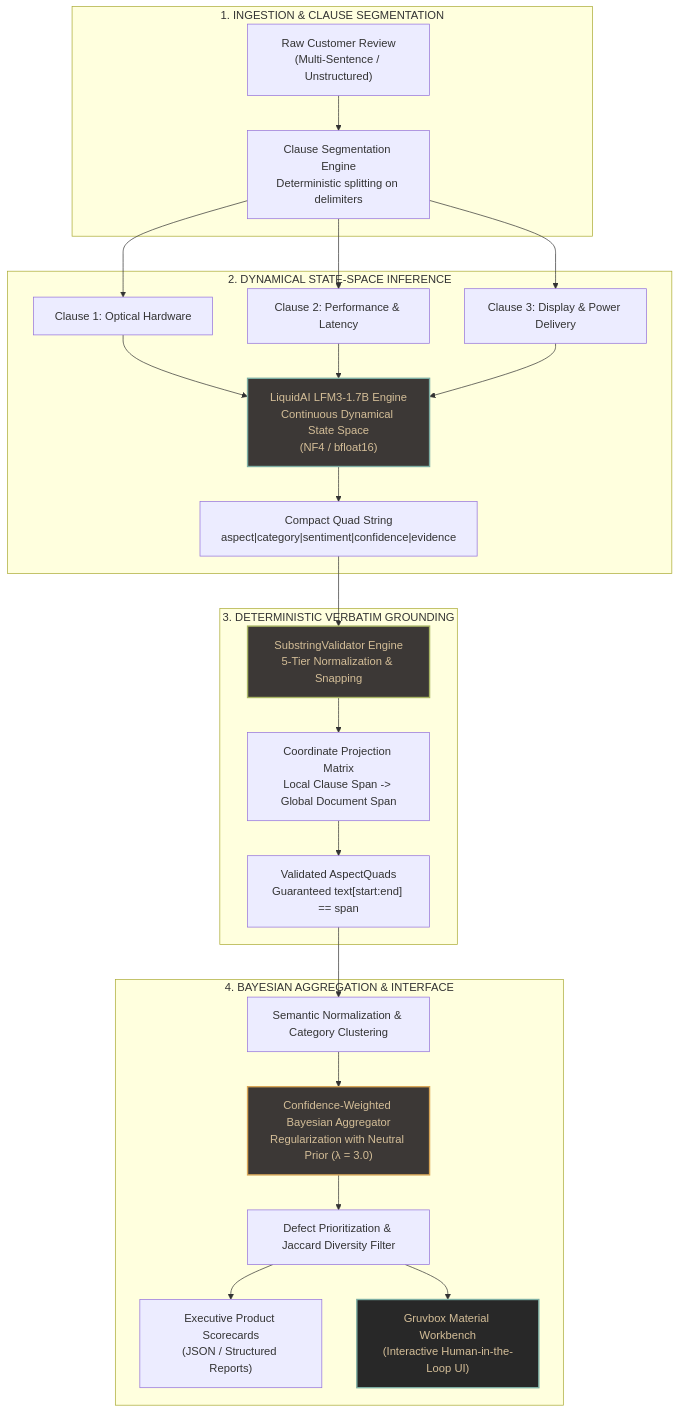
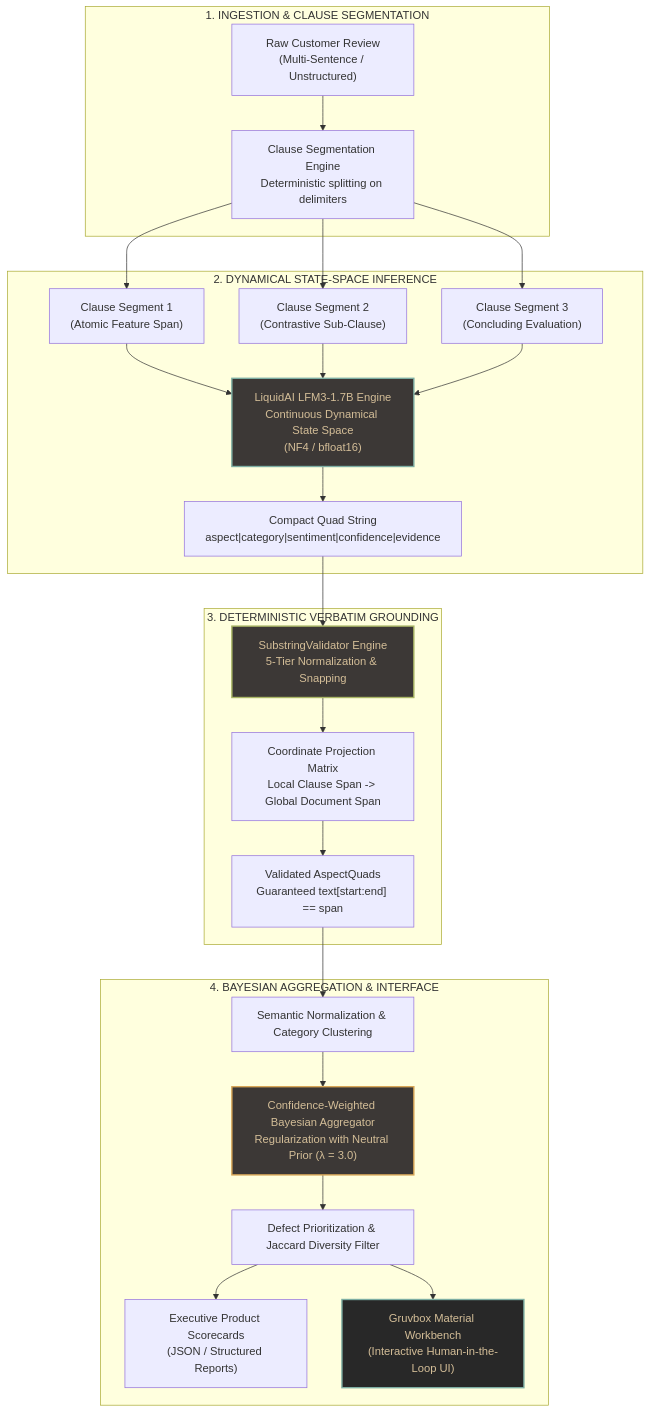
The first of 6 diagrams in docs/ARCHITECTURE.md (parth-sarthi-code/ProductLens-Sentiment), drawn with Mermaid before and after one commit. The commit also changed other lines of this file and 1 other file, not shown here.

Commit message:
docs: make architecture diagram clause nodes generic rather than example-specific

````diff
--- a/docs/ARCHITECTURE.md
+++ b/docs/ARCHITECTURE.md
@@ -16,39 +16,39 @@
 ```mermaid
 flowchart TD
     subgraph Ingestion ["1. INGESTION & CLAUSE SEGMENTATION"]
         R["Raw Customer Review\n(Multi-Sentence / Unstructured)"]
         S["Clause Segmentation Engine\nDeterministic splitting on delimiters"]
         R --> S
     end
 
     subgraph Inference ["2. DYNAMICAL STATE-SPACE INFERENCE"]
-        S --> C1["Clause 1: Optical Hardware"]
-        S --> C2["Clause 2: Performance & Latency"]
-        S --> C3["Clause 3: Display & Power Delivery"]
+        S --> C1["Clause Segment 1\n(Atomic Feature Span)"]
+        S --> C2["Clause Segment 2\n(Contrastive Sub-Clause)"]
+        S --> C3["Clause Segment 3\n(Concluding Evaluation)"]
         
         C1 --> LFM["LiquidAI LFM3-1.7B Engine\nContinuous Dynamical State Space\n(NF4 / bfloat16)"]
         C2 --> LFM
         C3 --> LFM
         
         LFM --> RAW["Compact Quad String\naspect|category|sentiment|confidence|evidence"]
     end
 
     subgraph Verification ["3. DETERMINISTIC VERBATIM GROUNDING"]
         RAW --> SV["SubstringValidator Engine\n5-Tier Normalization & Snapping"]
         SV --> PROJ["Coordinate Projection Matrix\nLocal Clause Span -> Global Document Span"]
         PROJ --> QUAD["Validated AspectQuads\nGuaranteed text[start:end] == span"]
     end
 
     subgraph Aggregation ["4. BAYESIAN AGGREGATION & INTERFACE"]
         QUAD --> NORM["Semantic Normalization & Category Clustering"]
         NORM --> BAYES["Confidence-Weighted Bayesian Aggregator\nRegularization with Neutral Prior (λ = 3.0)"]
         BAYES --> RANK["Defect Prioritization & Jaccard Diversity Filter"]
         RANK --> SC["Executive Product Scorecards\n(JSON / Structured Reports)"]
         RANK --> UI["Gruvbox Material Workbench\n(Interactive Human-in-the-Loop UI)"]
     end
 
     style LFM fill:#3c3836,stroke:#7daea3,stroke-width:2px,color:#d4be98
     style SV fill:#3c3836,stroke:#a9b665,stroke-width:2px,color:#d4be98
     style BAYES fill:#3c3836,stroke:#d8a657,stroke-width:2px,color:#d4be98
     style UI fill:#282828,stroke:#7daea3,stroke-width:2px,color:#d4be98
 ```
````
